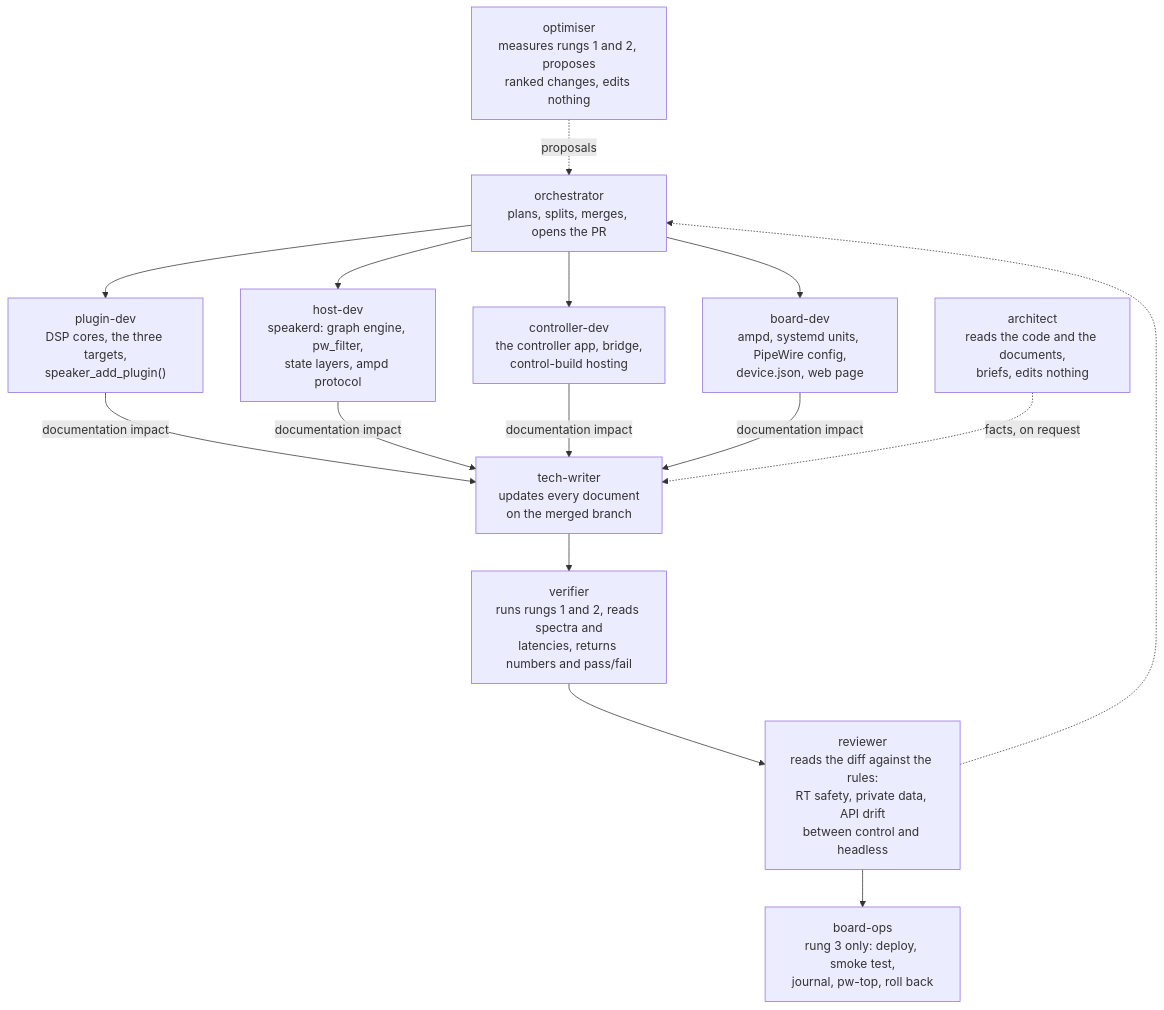
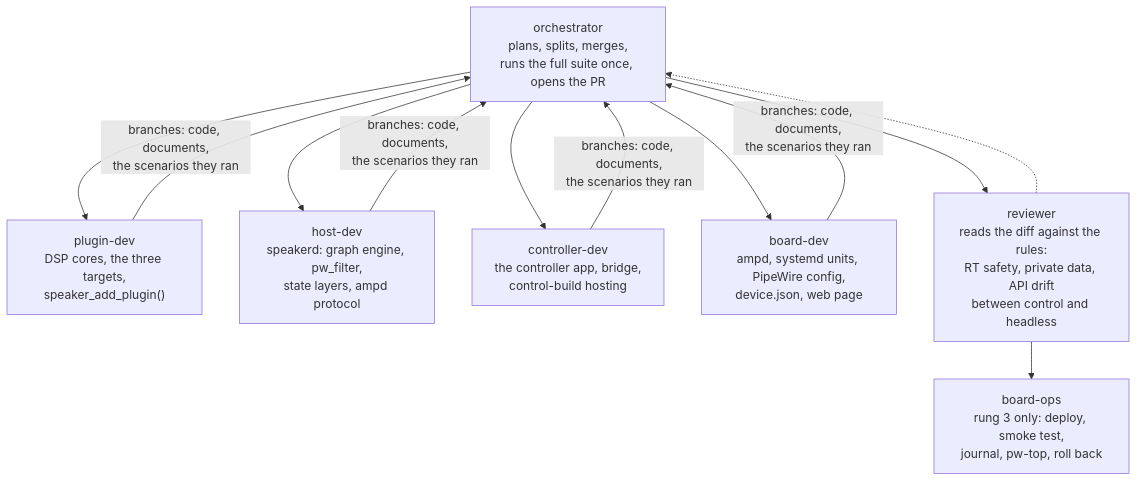
Before and after one commit to AMuszkat/bpi_amp_platform: the third of 6 diagrams in docs/autonomous-development.md, drawn with Mermaid. The commit also changed other lines of this file and 13 other files, not shown here.

First line of the commit message:
agents, hooks: minimal tests during development, the full suite once before the push

````diff
--- a/docs/autonomous-development.md
+++ b/docs/autonomous-development.md
@@ -200,15 +205,12 @@
 ```mermaid
 flowchart TB
-    orch["orchestrator<br/>plans, splits, merges, opens the PR"]
+    orch["orchestrator<br/>plans, splits, merges,<br/>runs the full suite once, opens the PR"]
     orch --> pd["plugin-dev<br/>DSP cores, the three targets,<br/>speaker_add_plugin()"]
     orch --> hd["host-dev<br/>speakerd: graph engine, pw_filter,<br/>state layers, ampd protocol"]
     orch --> cd["controller-dev<br/>the controller app, bridge,<br/>control-build hosting"]
     orch --> bd["board-dev<br/>ampd, systemd units, PipeWire config,<br/>device.json, web page"]
-    pd & hd & cd & bd -- "documentation impact" --> tw["tech-writer<br/>updates every document<br/>on the merged branch"]
-    arch["architect<br/>reads the code and the documents,<br/>briefs, edits nothing"] -. "facts, on request" .-> tw
-    tw --> ver["verifier<br/>runs rungs 1 and 2, reads spectra and<br/>latencies, returns numbers and pass/fail"]
-    ver --> rev["reviewer<br/>reads the diff against the rules:<br/>RT safety, private data, API drift<br/>between control and headless"]
+    pd & hd & cd & bd -- "branches: code, documents,<br/>the scenarios they ran" --> orch
+    orch --> rev["reviewer<br/>reads the diff against the rules:<br/>RT safety, private data, API drift<br/>between control and headless"]
     rev --> ops["board-ops<br/>rung 3 only: deploy, smoke test,<br/>journal, pw-top, roll back"]
     rev -.-> orch
-    opt["optimiser<br/>measures rungs 1 and 2, proposes<br/>ranked changes, edits nothing"] -. "proposals" .-> orch
 ```
````
